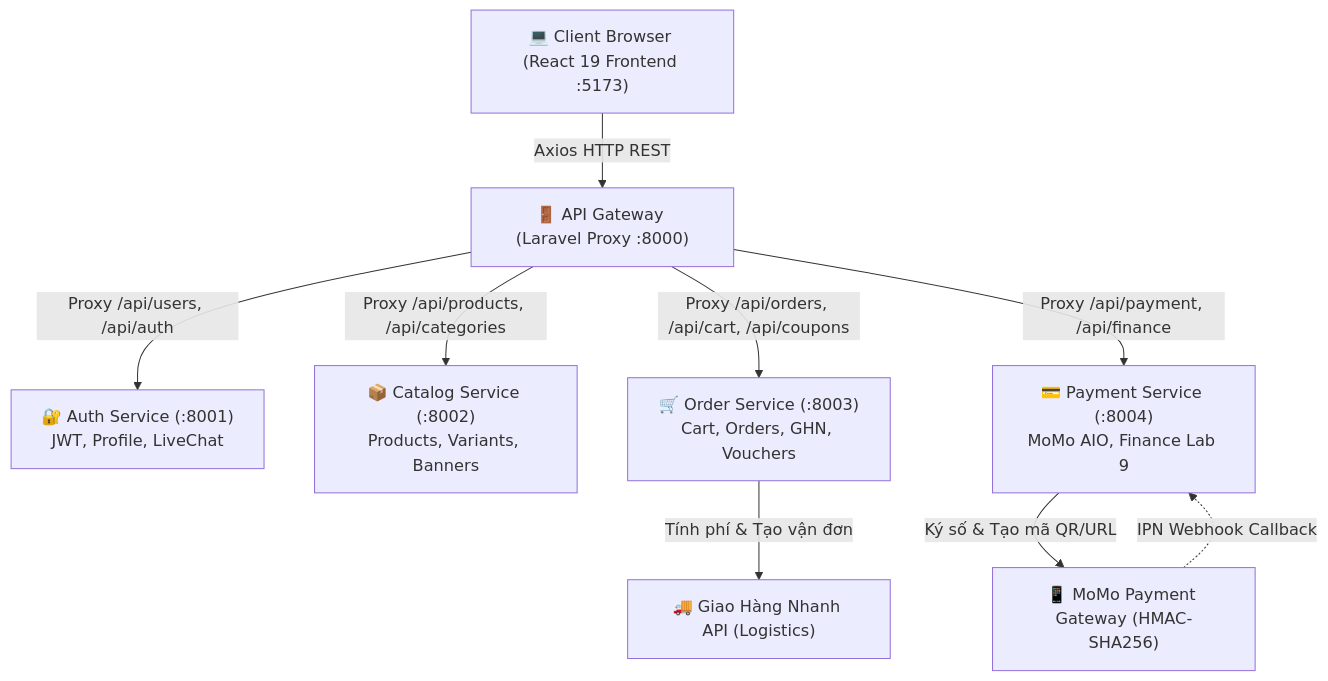
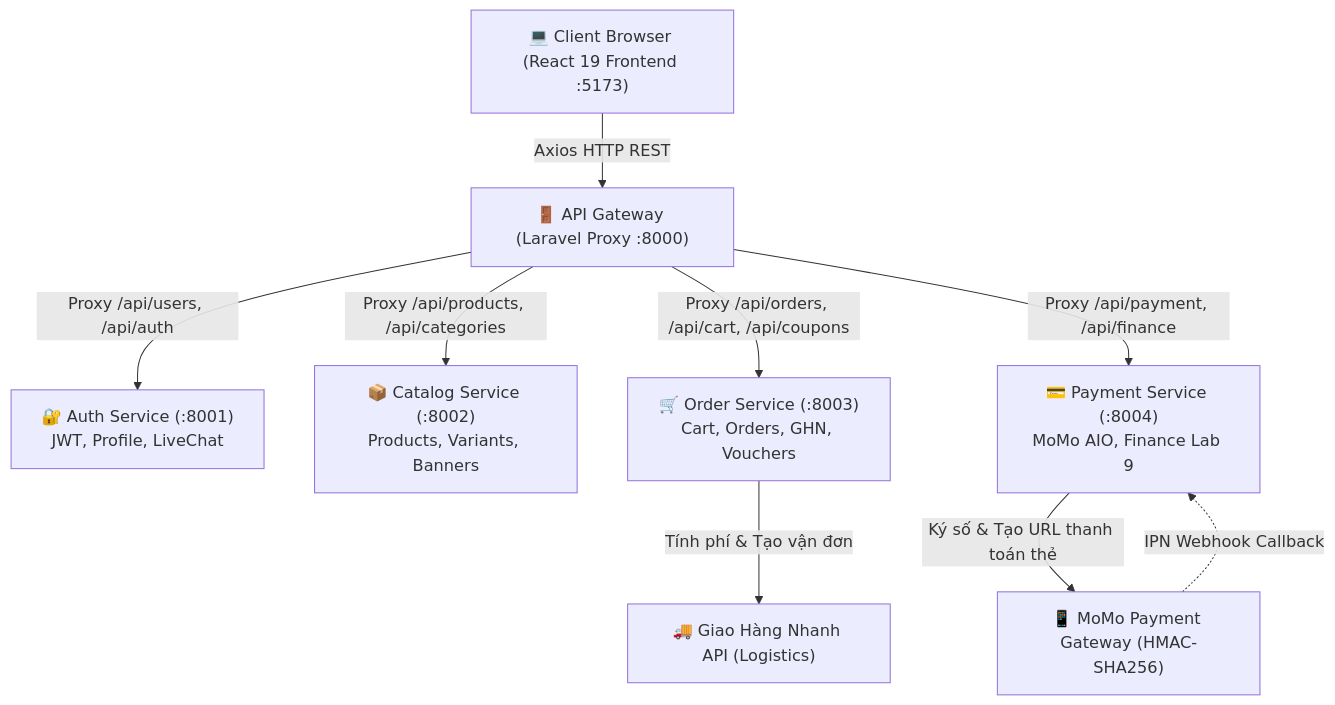
Before and after one commit to thehuong18/project1: the first of 4 diagrams in README.md, drawn with Mermaid. The commit also changed other lines of this file and 43 other files, not shown here.

````diff
--- a/README.md
+++ b/README.md
@@ -40,23 +40,23 @@
 ```mermaid
 graph TD
     Client["💻 Client Browser (React 19 Frontend :5173)"]
     Gateway["🚪 API Gateway (Laravel Proxy :8000)"]
     
     Auth["🔐 Auth Service (:8001)<br>JWT, Profile, LiveChat"]
     Catalog["📦 Catalog Service (:8002)<br>Products, Variants, Banners"]
     Order["🛒 Order Service (:8003)<br>Cart, Orders, GHN, Vouchers"]
     Payment["💳 Payment Service (:8004)<br>MoMo AIO, Finance Lab 9"]
     
     GHN["🚚 Giao Hàng Nhanh API (Logistics)"]
     MoMo["📱 MoMo Payment Gateway (HMAC-SHA256)"]
 
     Client -->|Axios HTTP REST| Gateway
     Gateway -->|Proxy /api/users, /api/auth| Auth
     Gateway -->|Proxy /api/products, /api/categories| Catalog
     Gateway -->|Proxy /api/orders, /api/cart, /api/coupons| Order
     Gateway -->|Proxy /api/payment, /api/finance| Payment
     
     Order -->|Tính phí & Tạo vận đơn| GHN
-    Payment -->|Ký số & Tạo mã QR/URL| MoMo
+    Payment -->|Ký số & Tạo URL thanh toán thẻ| MoMo
     MoMo -.->|IPN Webhook Callback| Payment
 ```
````
